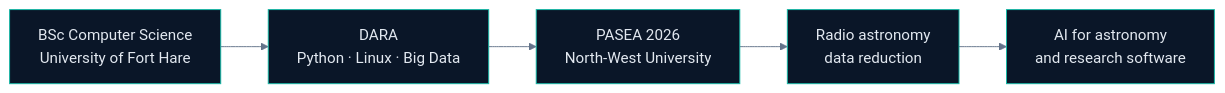
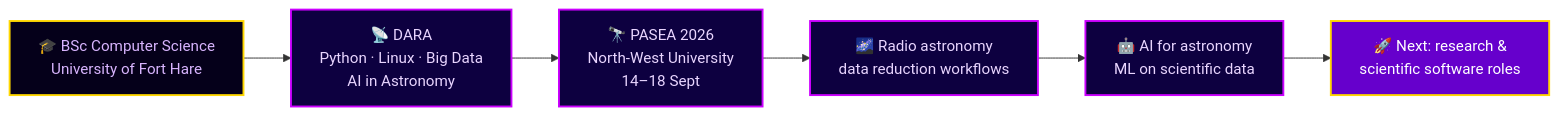
Before and after one commit to LuthandoCandlovu/LuthandoCandlovu: the first of 8 diagrams in README.md, drawn with Mermaid. The commit also changed other lines of this file, not shown here.

````diff
--- a/README.md
+++ b/README.md
@@ -112,8 +355,15 @@
 ```mermaid
-%%{init: {'theme':'base','themeVariables':{'primaryColor':'#0a1628','primaryTextColor':'#e2e8f0','primaryBorderColor':'#14b8a6','lineColor':'#64748b','fontFamily':'Inter, Segoe UI, sans-serif'}}}%%
 flowchart LR
-    A["BSc Computer Science<br/>University of Fort Hare"] --> B["DARA<br/>Python · Linux · Big Data"]
-    B --> C["PASEA 2026<br/>North-West University"]
-    C --> D["Radio astronomy<br/>data reduction"]
-    D --> E["AI for astronomy<br/>and research software"]
+    A["🎓 BSc Computer Science<br/>University of Fort Hare"]:::start
+    B["📡 DARA<br/>Python · Linux · Big Data<br/>AI in Astronomy"]:::step
+    C["🔭 PASEA 2026<br/>North-West University<br/>14–18 Sept"]:::step
+    D["🌌 Radio astronomy<br/>data reduction workflows"]:::step
+    E["🤖 AI for astronomy<br/>ML on scientific data"]:::step
+    F["🚀 Next: research &<br/>scientific software roles"]:::goal
+
+    A --> B --> C --> D --> E --> F
+
+    classDef start fill:#05001a,stroke:#ffd700,color:#d8b4fe,stroke-width:2px
+    classDef step fill:#0d0040,stroke:#cc00ff,color:#e9d5ff,stroke-width:2px
+    classDef goal fill:#6600cc,stroke:#ffd700,color:#ffffff,stroke-width:2px
 ```
````
